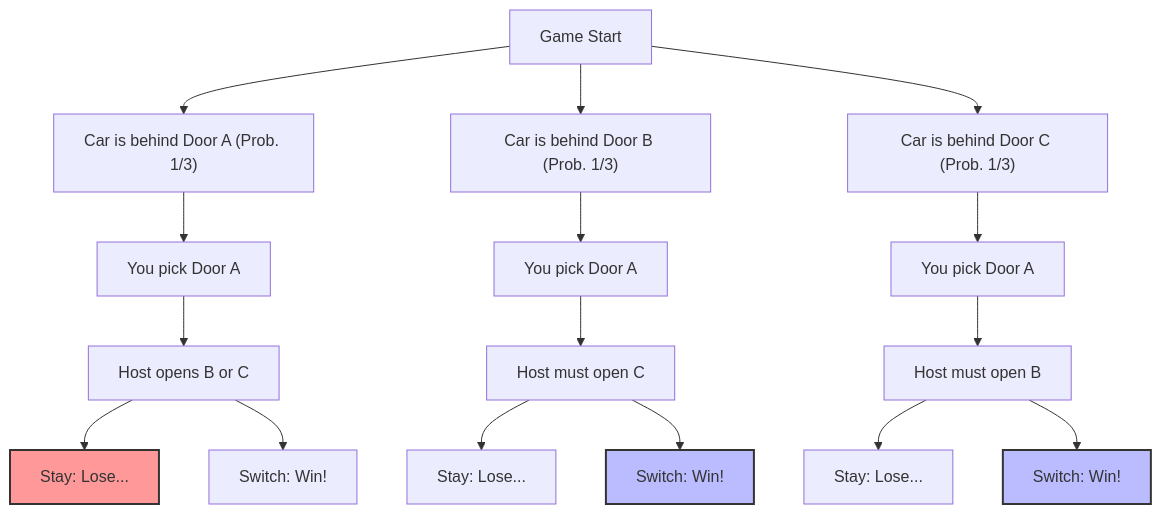
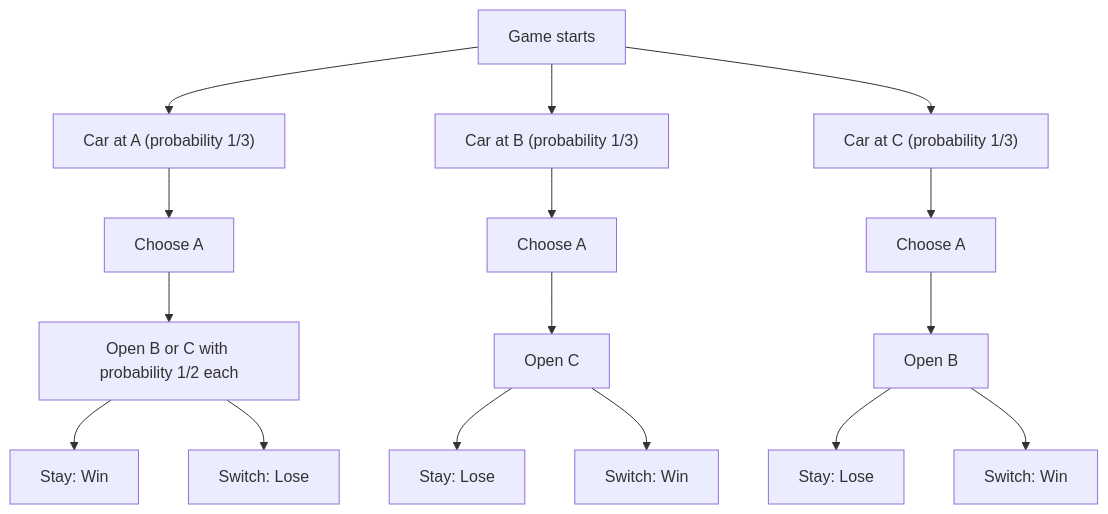
Before and after one commit to kenjinote/blog: the first of 2 diagrams in content/post/モンティ・ホール問題/index.en.md, drawn with Mermaid. The commit also changed other lines of this file and 10 other files, not shown here.

````diff
--- a/content/post/モンティ・ホール問題/index.en.md
+++ b/content/post/モンティ・ホール問題/index.en.md
@@ -44,27 +52,18 @@
 ```mermaid
 graph TD
-    Start["Game Start"] --> CarA["Car is behind Door A (Prob. 1/3)"]
-    Start --> CarB["Car is behind Door B (Prob. 1/3)"]
-    Start --> CarC["Car is behind Door C (Prob. 1/3)"]
-
-    CarA --> PickA1["You pick Door A"]
-    CarB --> PickA2["You pick Door A"]
-    CarC --> PickA3["You pick Door A"]
-
-    PickA1 --> HostB_or_C["Host opens B or C"]
-    PickA2 --> HostC["Host must open C"]
-    PickA3 --> HostB["Host must open B"]
-
-    HostB_or_C --> Stay1["Stay: Lose..."]
-    HostB_or_C --> Switch1["Switch: Win!"]
-
-    HostC --> Stay2["Stay: Lose..."]
-    HostC --> Switch2["Switch: Win!"]
-
-    HostB --> Stay3["Stay: Lose..."]
-    HostB --> Switch3["Switch: Win!"]
-
-    style Switch2 fill:#bbf,stroke:#333,stroke-width:2px
-    style Switch3 fill:#bbf,stroke:#333,stroke-width:2px
-    style Stay1 fill:#f99,stroke:#333,stroke-width:2px
+    Start["Game starts"] --> CarA["Car at A (probability 1/3)"]
+    Start --> CarB["Car at B (probability 1/3)"]
+    Start --> CarC["Car at C (probability 1/3)"]
+    CarA --> PickA1["Choose A"]
+    CarB --> PickA2["Choose A"]
+    CarC --> PickA3["Choose A"]
+    PickA1 --> HostB_or_C["Open B or C with probability 1/2 each"]
+    PickA2 --> HostC["Open C"]
+    PickA3 --> HostB["Open B"]
+    HostB_or_C --> Stay1["Stay: Win"]
+    HostB_or_C --> Switch1["Switch: Lose"]
+    HostC --> Stay2["Stay: Lose"]
+    HostC --> Switch2["Switch: Win"]
+    HostB --> Stay3["Stay: Lose"]
+    HostB --> Switch3["Switch: Win"]
 ```
````
